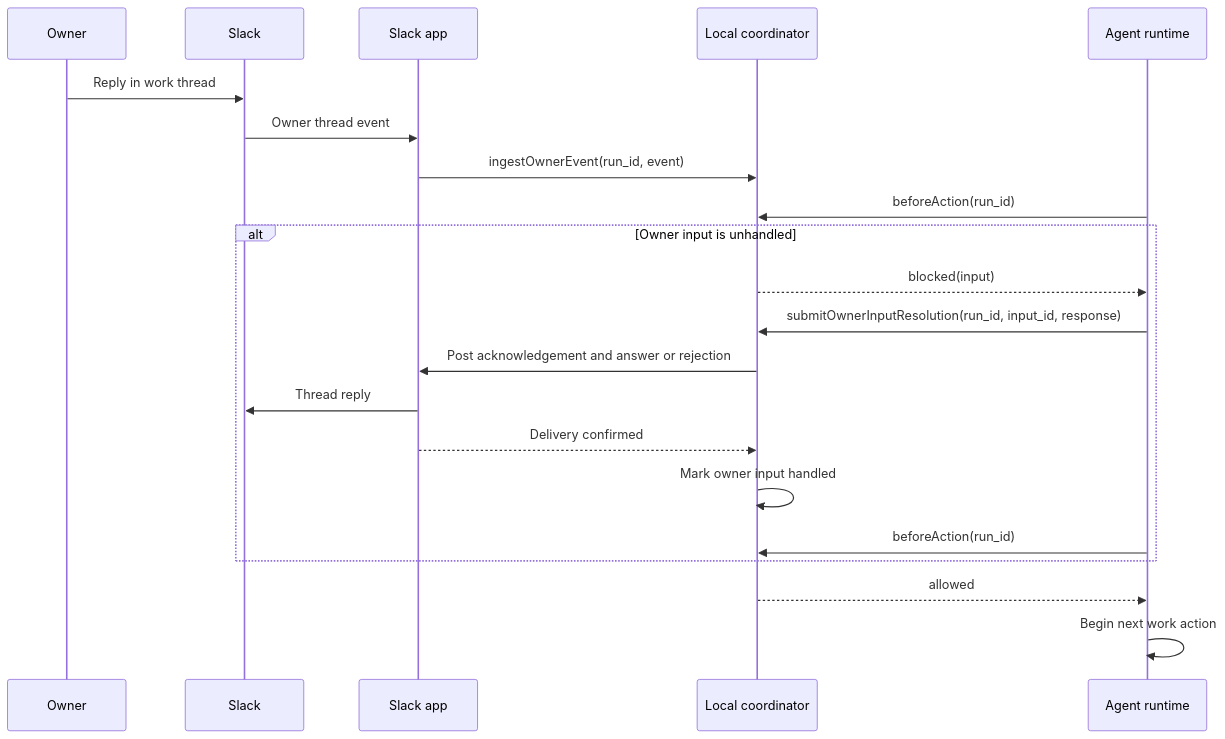
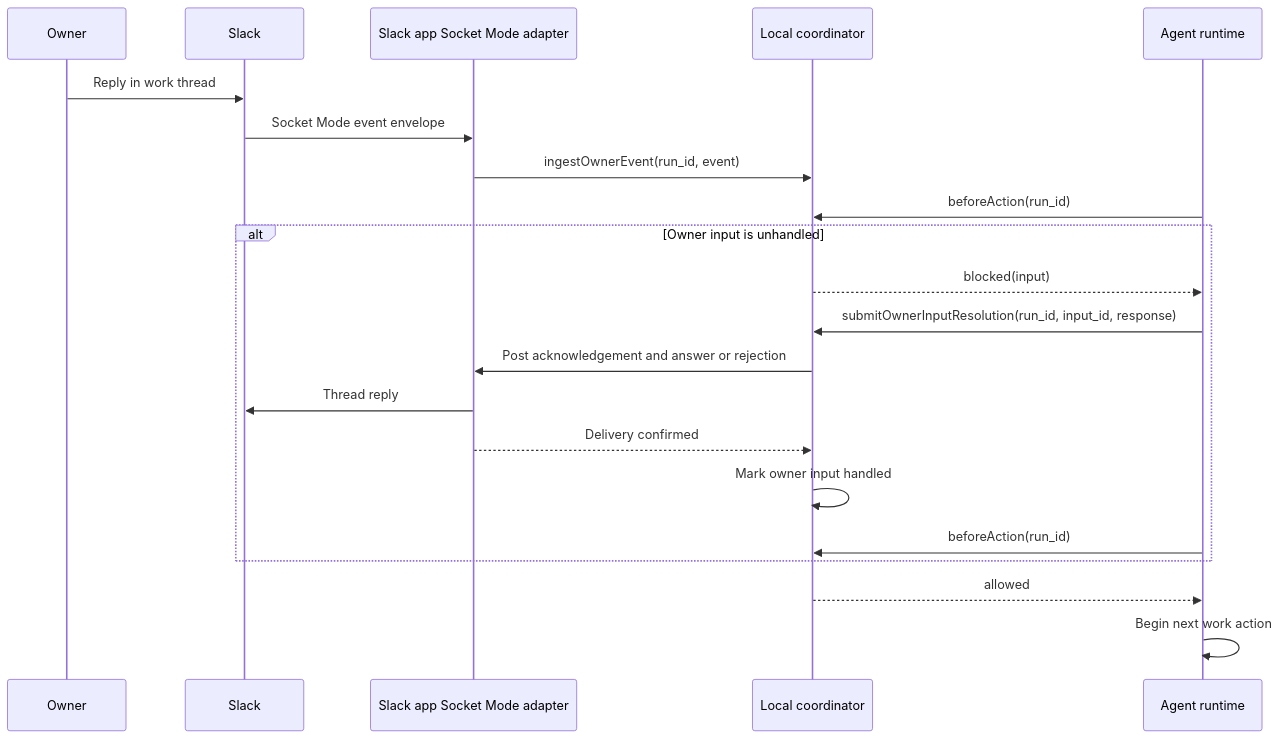
One commit to MarkTripoli/skills changed the second of 3 diagrams in .agents/tasks/i-want-new-skill/03-tdd-slack-agent-communication.md. Above: the diagram before and after it, drawn with Mermaid. The commit also changed other lines of this file, not shown here.

````diff
--- a/.agents/tasks/i-want-new-skill/03-tdd-slack-agent-communication.md
+++ b/.agents/tasks/i-want-new-skill/03-tdd-slack-agent-communication.md
@@ -46,24 +46,24 @@
 ```mermaid
 sequenceDiagram
     participant O as Owner
     participant S as Slack
-    participant A as Slack app
+    participant A as Slack app Socket Mode adapter
     participant C as Local coordinator
     participant R as Agent runtime
 
     O->>S: Reply in work thread
-    S->>A: Owner thread event
+    S->>A: Socket Mode event envelope
     A->>C: ingestOwnerEvent(run_id, event)
     R->>C: beforeAction(run_id)
     alt Owner input is unhandled
         C-->>R: blocked(input)
         R->>C: submitOwnerInputResolution(run_id, input_id, response)
         C->>A: Post acknowledgement and answer or rejection
         A->>S: Thread reply
         A-->>C: Delivery confirmed
         C->>C: Mark owner input handled
         R->>C: beforeAction(run_id)
     end
     C-->>R: allowed
     R->>R: Begin next work action
 ```
````
